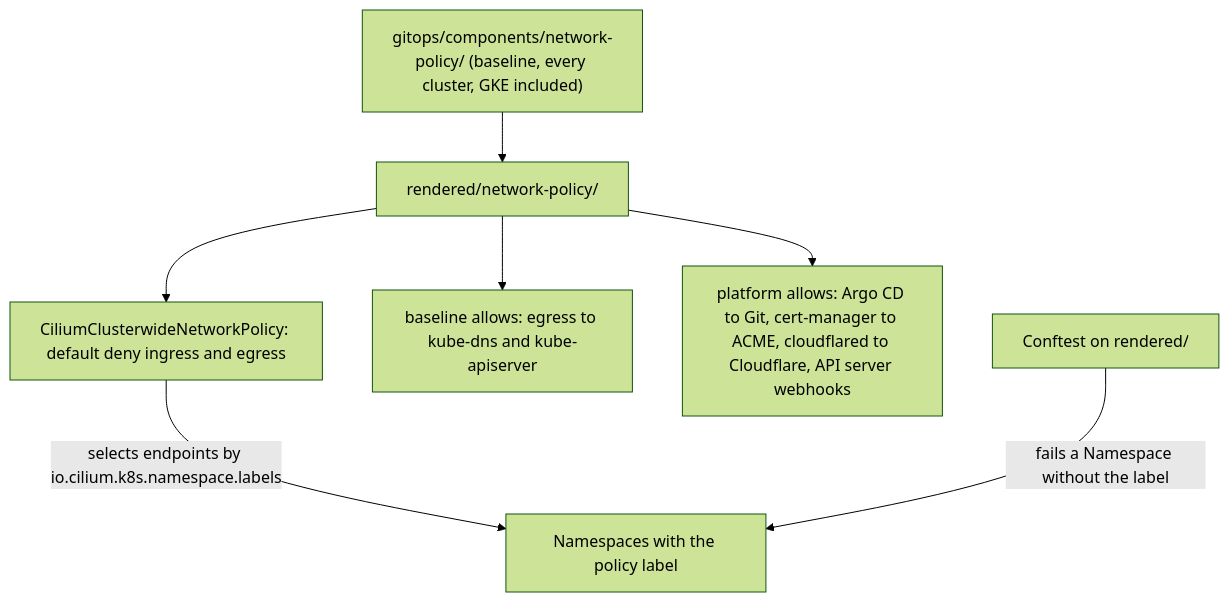
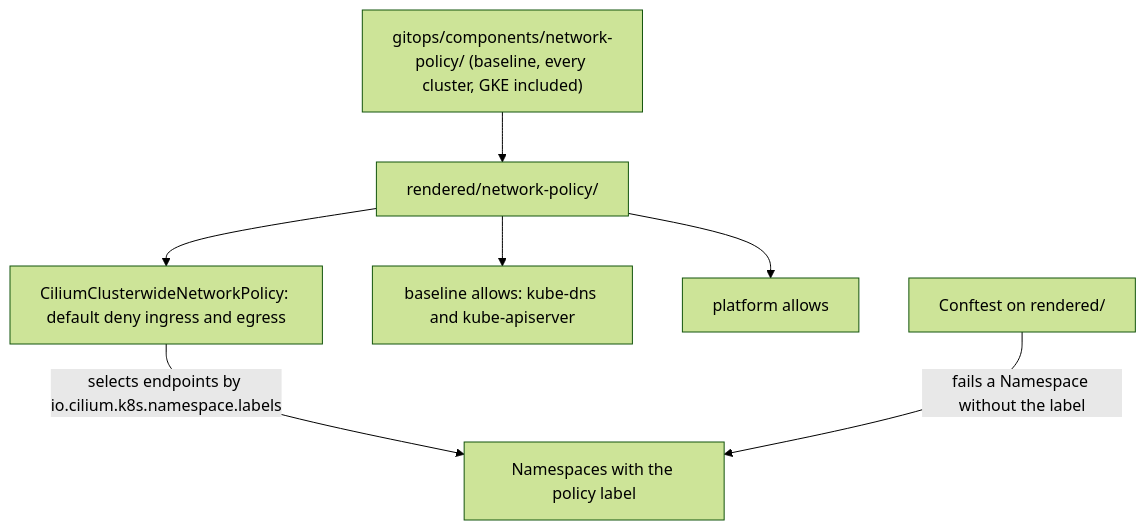
Before and after one commit to gsuquet/infra: the diagram in docs/rfc/0010-cluster-owned-default-deny-network-policy.md, drawn with Mermaid (forest theme). The commit also changed other lines of this file and 37 other files, not shown here.

````diff
--- a/docs/rfc/0010-cluster-owned-default-deny-network-policy.md
+++ b/docs/rfc/0010-cluster-owned-default-deny-network-policy.md
@@ -81,9 +89,9 @@
 ```mermaid
 flowchart TB
     NP["gitops/components/network-policy/ (baseline, every cluster, GKE included)"] --> R["rendered/network-policy/"]
     R --> D["CiliumClusterwideNetworkPolicy: default deny ingress and egress"]
-    R --> AL["baseline allows: egress to kube-dns and kube-apiserver"]
-    R --> PA["platform allows: Argo CD to Git, cert-manager to ACME, cloudflared to Cloudflare, API server webhooks"]
+    R --> AL["baseline allows: kube-dns and kube-apiserver"]
+    R --> PA["platform allows"]
     D -->|"selects endpoints by io.cilium.k8s.namespace.labels"| L["Namespaces with the policy label"]
     C["Conftest on rendered/"] -->|"fails a Namespace without the label"| L
 ```
````
